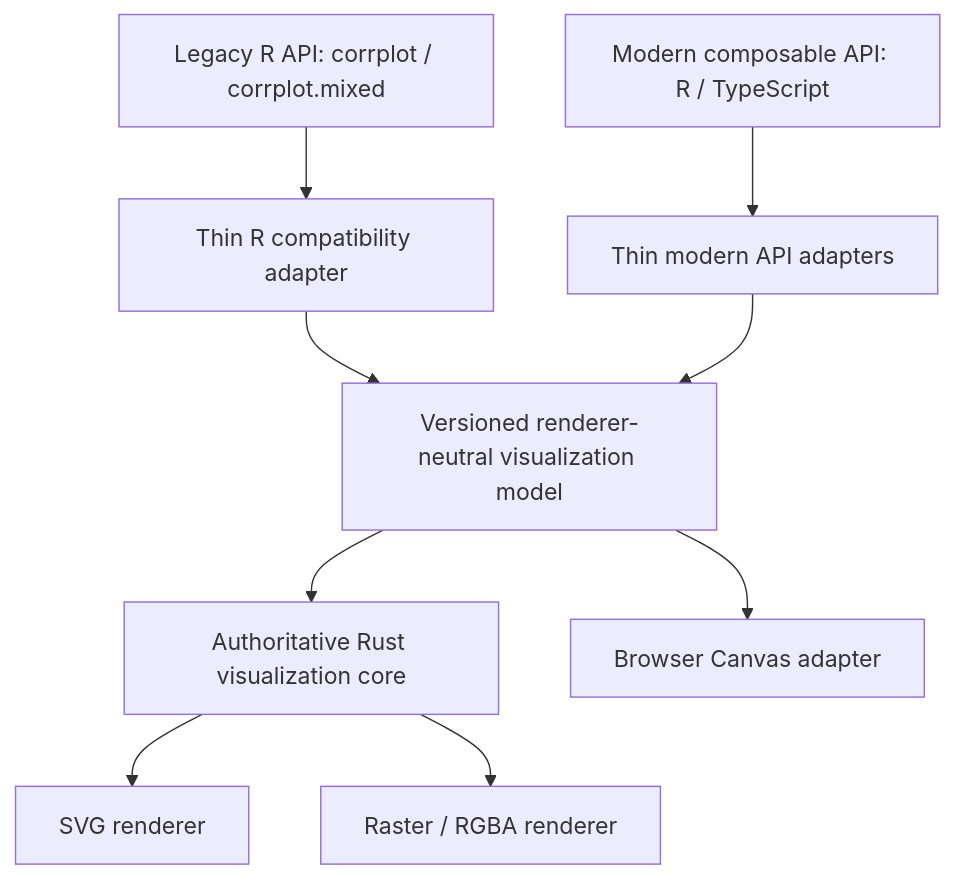
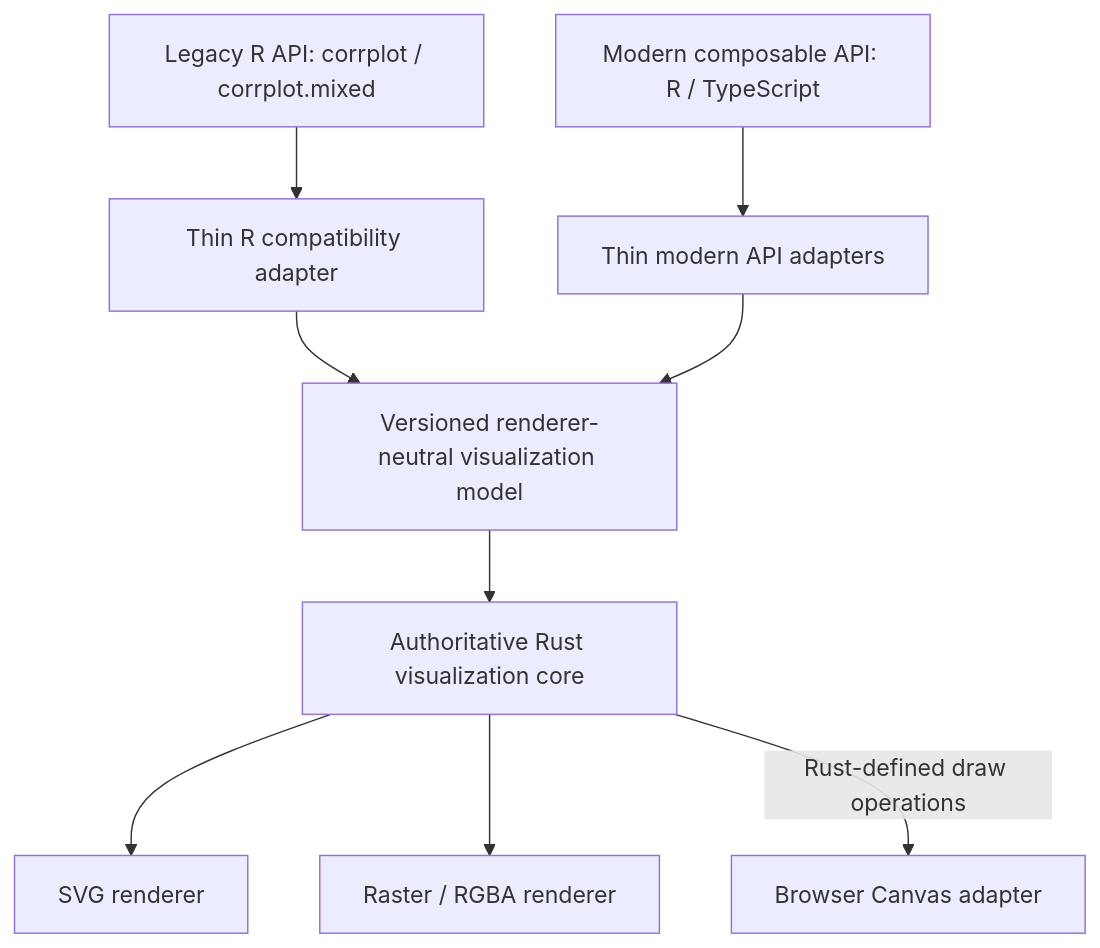
Before and after one commit to vsimko/corrplot-ng: the second of 2 diagrams in docs/architecture.md, drawn with Mermaid. The commit also changed other lines of this file, not shown here.

Commit message:
docs: route Canvas semantics through Rust core

````diff
--- a/docs/architecture.md
+++ b/docs/architecture.md
@@ -198,20 +198,20 @@
 ```mermaid
 flowchart TB
   LEGACY[Legacy R API: corrplot / corrplot.mixed]
   MODERN[Modern composable API: R / TypeScript]
   RADAPTER[Thin R compatibility adapter]
   APIADAPTER[Thin modern API adapters]
   MODEL[Versioned renderer-neutral visualization model]
   CORE[Authoritative Rust visualization core]
   SVG[SVG renderer]
   RASTER[Raster / RGBA renderer]
   CANVAS[Browser Canvas adapter]
   LEGACY --> RADAPTER
   MODERN --> APIADAPTER
   RADAPTER --> MODEL
   APIADAPTER --> MODEL
   MODEL --> CORE
   CORE --> SVG
   CORE --> RASTER
-  MODEL --> CANVAS
+  CORE -->|Rust-defined draw operations| CANVAS
 ```
````
